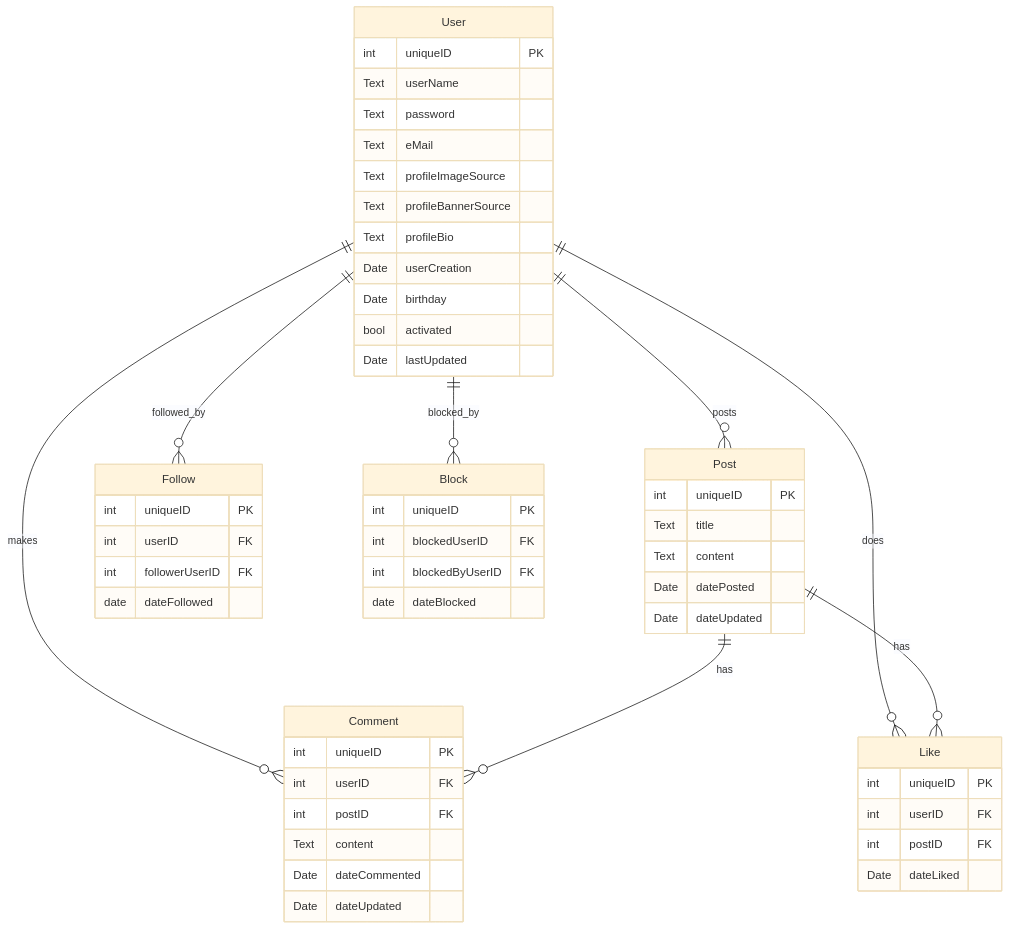
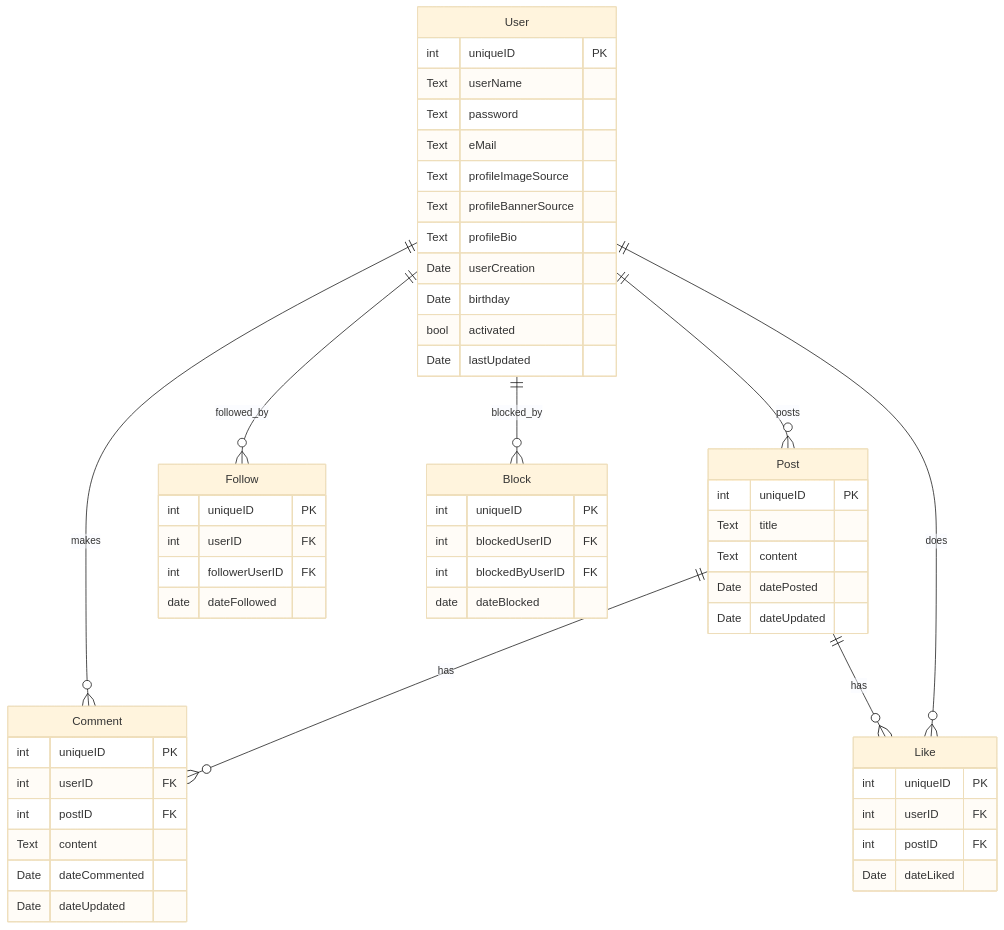
One commit to boolean-uk/java-data-modelling changed the diagram in micro-blogging-er-diagram.md. Above: the diagram before and after it, drawn with Mermaid (base theme). The commit also changed 1 other file, not shown here.

Commit message:
Updated diagram for 4

`````diff
--- a/micro-blogging-er-diagram.md
+++ b/micro-blogging-er-diagram.md
@@ -1,58 +1,59 @@
 ````mermaid
 erDiagram
     User{
         int uniqueID PK
         Text userName
         Text password
         Text eMail
         Text profileImageSource
         Text profileBannerSource
         Text profileBio
         Date userCreation
         Date birthday
         bool activated
         Date lastUpdated
     }
     Post{
         int uniqueID PK
         Text title
         Text content
         Date datePosted
         Date dateUpdated
     }
     Like{
         int uniqueID PK
         int userID FK
         int postID FK
         Date dateLiked
     }
     Comment{
         int uniqueID PK
         int userID FK
         int postID FK
         Text content
         Date dateCommented
         Date dateUpdated
     }
     Follow{
         int uniqueID PK
         int userID FK
         int followerUserID FK
         date dateFollowed
     }
     Block{
         int uniqueID PK
         int blockedUserID FK
         int blockedByUserID FK
         date dateBlocked
     }
     
     User ||--o{ Post : "posts"
     User ||--o{ Comment : "makes"
     Post ||--o{ Comment : "has"
+    Post ||--o{ Like : "has"
     User ||--o{ Follow : "followed_by"
     User ||--o{ Block : "blocked_by"
     User ||--o{ Like : "does"
-    Post ||--o{ Like : "has"
+
 
 ````
`````
